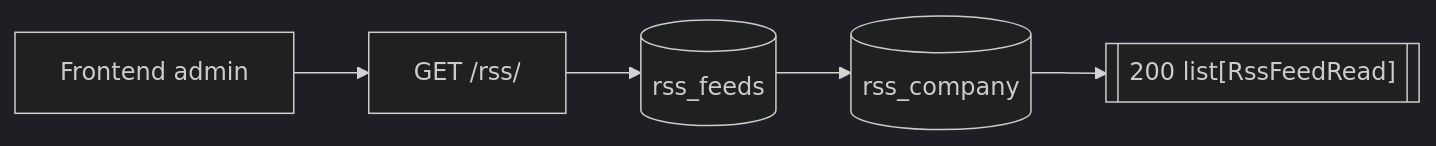
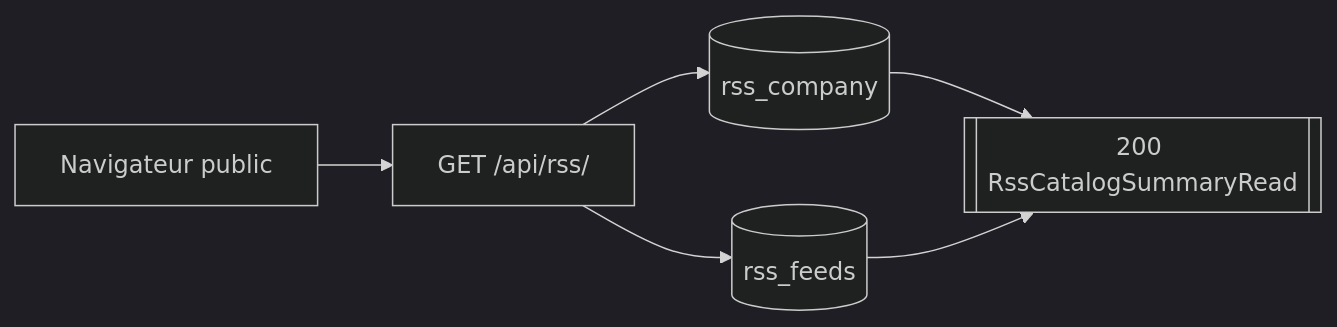
The first of 4 diagrams in backend/routes/rss.md (Manifeed/docs), drawn with Mermaid (dark theme) before and after one commit. The commit also changed other lines of this file, not shown here.

````diff
--- a/backend/routes/rss.md
+++ b/backend/routes/rss.md
@@ -5,7 +5,8 @@
 ```mermaid
 flowchart LR
-    admin["Frontend admin"] --> route["GET /rss/"]
+    public["Navigateur public"] --> route["GET /api/rss/"]
+    route --> companies[(rss_company)]
     route --> feeds[(rss_feeds)]
-    feeds --> companies[(rss_company)]
-    companies --> response[["200 list[RssFeedRead]"]]
+    companies --> response[["200 RssCatalogSummaryRead"]]
+    feeds --> response
 ```
````
